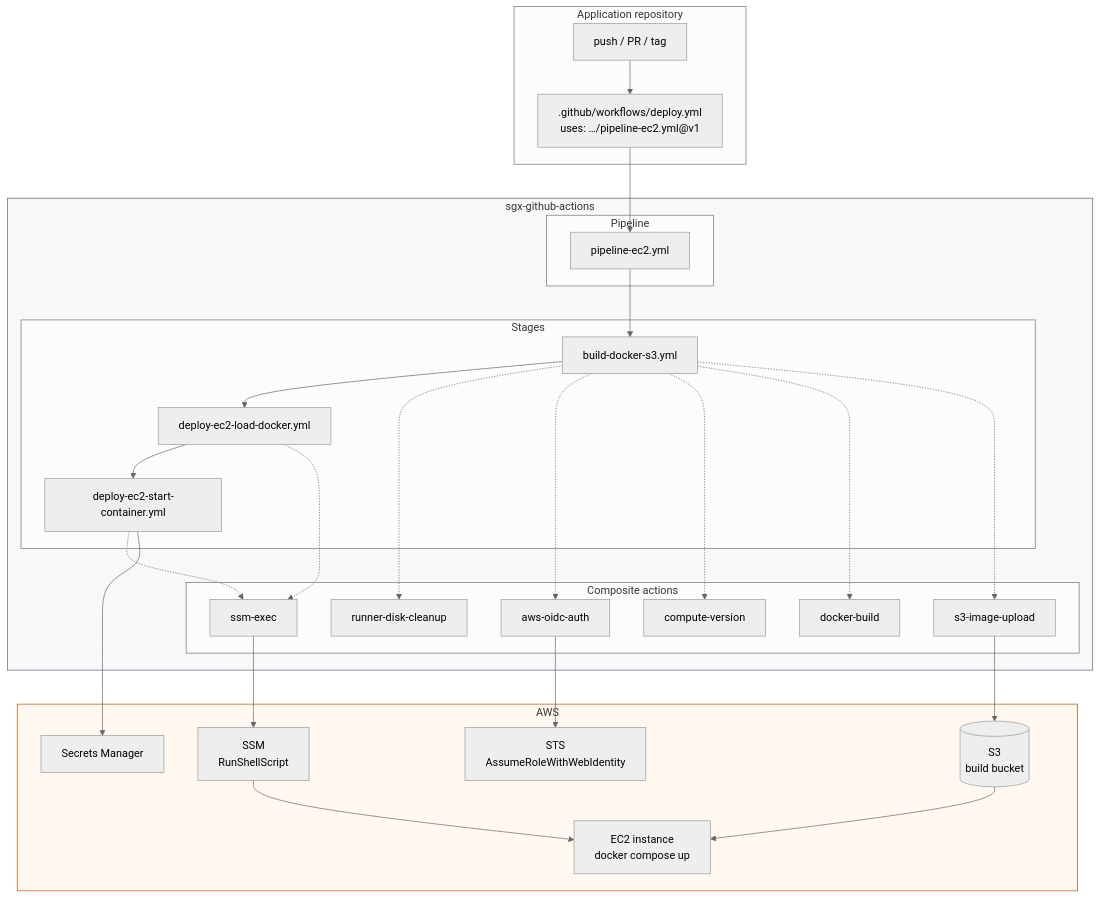
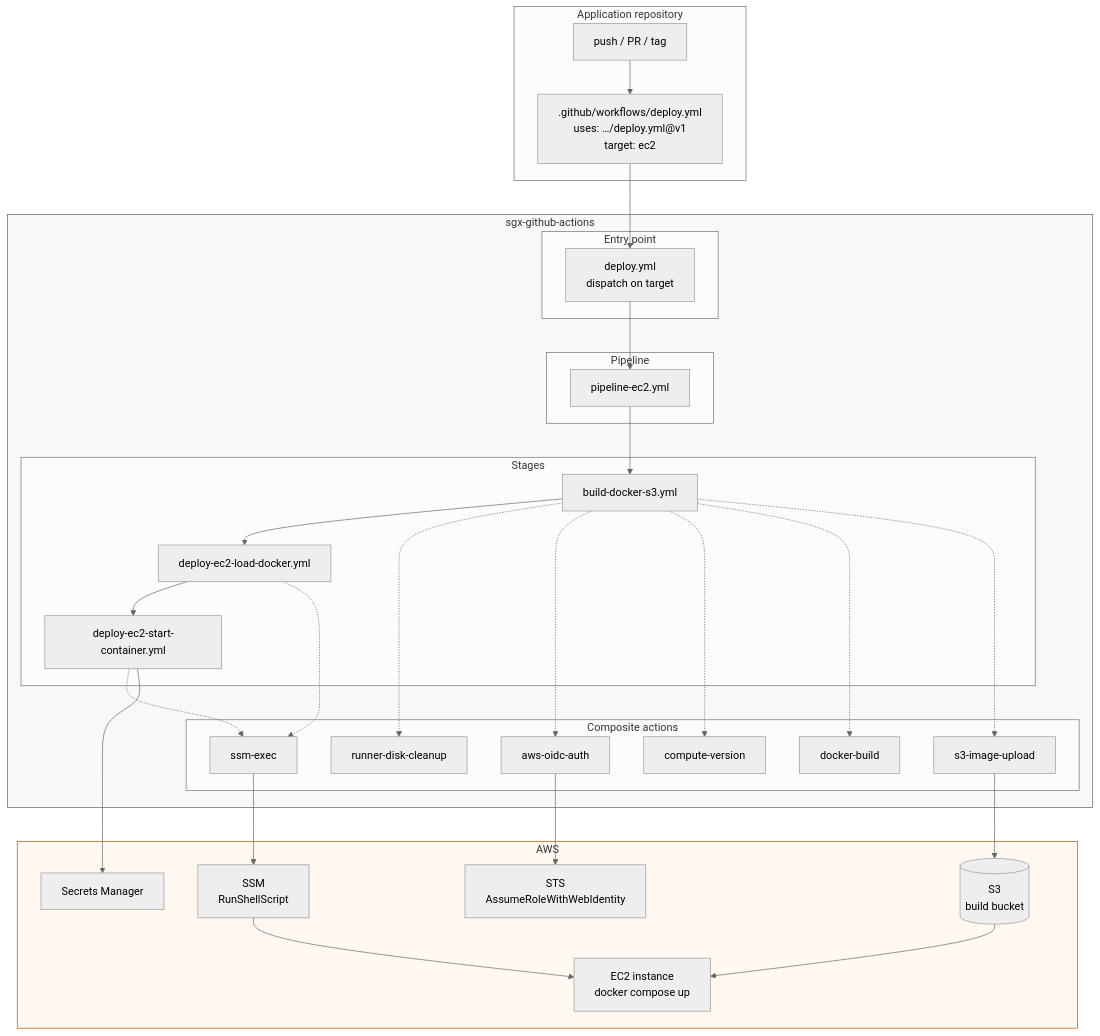
One commit to Ennovative-Genix/sgx-github-actions changed the first of 2 diagrams in docs/architecture.md. Above: the diagram before and after it, drawn with Mermaid (neutral theme). The commit also changed other lines of this file and 28 other files, not shown here.

````diff
--- a/docs/architecture.md
+++ b/docs/architecture.md
@@ -45,55 +105,58 @@
 ```mermaid
 flowchart TD
     subgraph app["Application repository"]
         trigger["push / PR / tag"]
-        caller[".github/workflows/deploy.yml<br/>uses: …/pipeline-ec2.yml@v1"]
+        caller[".github/workflows/deploy.yml<br/>uses: …/deploy.yml@v1<br/>target: ec2"]
         trigger --> caller
     end
 
     subgraph central["sgx-github-actions"]
+        subgraph l4["Entry point"]
+            entry["deploy.yml<br/>dispatch on target"]
+        end
         subgraph l3["Pipeline"]
             init["pipeline-ec2.yml"]
         end
         subgraph l2["Stages"]
             build["build-docker-s3.yml"]
             load["deploy-ec2-load-docker.yml"]
             start["deploy-ec2-start-container.yml"]
         end
         subgraph l1["Composite actions"]
             auth["aws-oidc-auth"]
             clean["runner-disk-cleanup"]
             ver["compute-version"]
             dbuild["docker-build"]
             s3up["s3-image-upload"]
             ssm["ssm-exec"]
         end
     end
 
     subgraph aws["AWS"]
         sts["STS<br/>AssumeRoleWithWebIdentity"]
         s3[("S3<br/>build bucket")]
         sm["Secrets Manager"]
         ssmsvc["SSM<br/>RunShellScript"]
         ec2["EC2 instance<br/>docker compose up"]
     end
 
-    caller --> init
+    caller --> entry --> init
     init --> build --> load --> start
 
     build -.-> clean
     build -.-> auth
     build -.-> ver
     build -.-> dbuild
     build -.-> s3up
     load -.-> ssm
     start -.-> ssm
 
     auth --> sts
     s3up --> s3
     ssm --> ssmsvc --> ec2
     s3 --> ec2
     start --> sm
 
     style central fill:#f6f8fa,stroke:#57606a
     style aws fill:#fff8f0,stroke:#bc4c00
 ```
````
